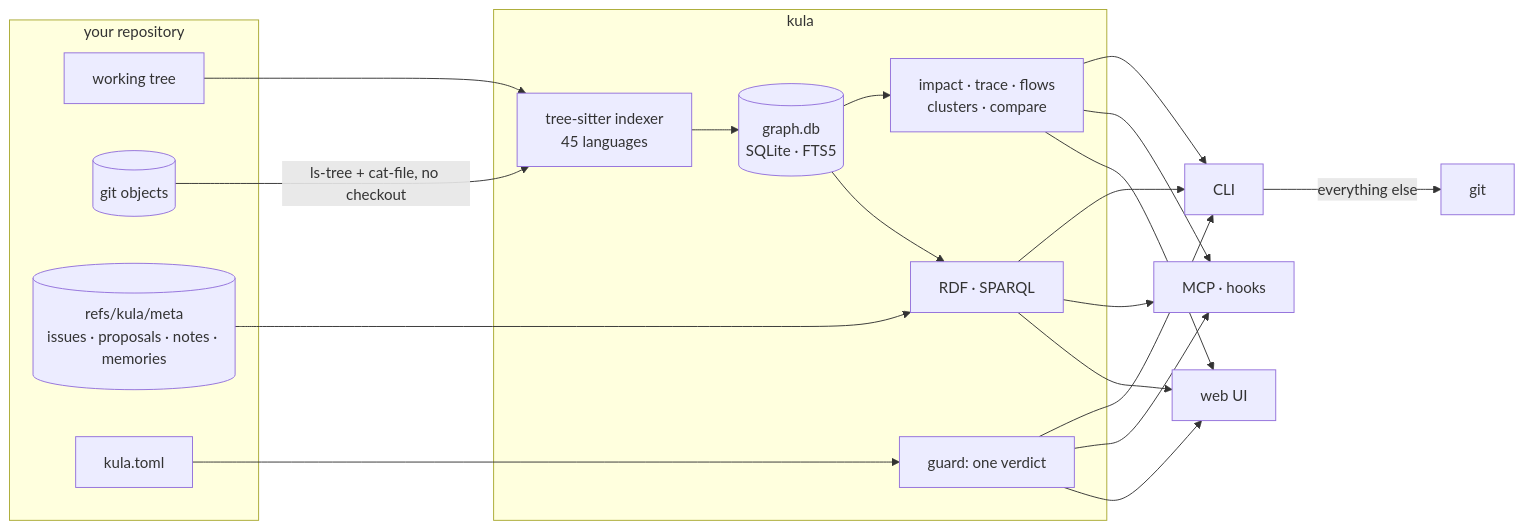
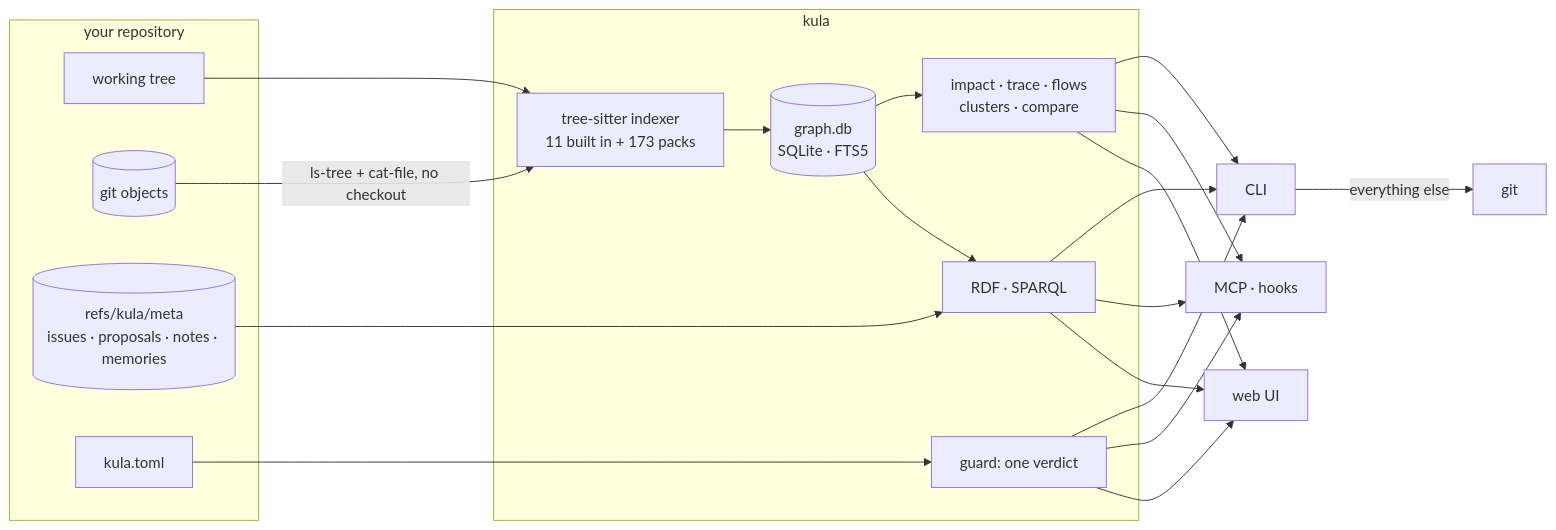
Before and after one commit to A12N4V/kula: the fourth of 4 diagrams in README.md, drawn with Mermaid. The commit also changed other lines of this file and 225 other files, not shown here.

````diff
--- a/README.md
+++ b/README.md
@@ -390,26 +390,26 @@
 ```mermaid
 flowchart LR
     subgraph repo[your repository]
         WT[working tree]
         GIT[(git objects)]
         META[(refs/kula/meta<br/>issues · proposals · notes · memories)]
         TOML[kula.toml]
     end
     subgraph kula[kula]
-        IDX[tree-sitter indexer<br/>45 languages]
+        IDX[tree-sitter indexer<br/>11 built in + 173 packs]
         DB[(graph.db<br/>SQLite · FTS5)]
         G[impact · trace · flows<br/>clusters · compare]
         GU[guard: one verdict]
         KG[RDF · SPARQL]
     end
     WT --> IDX
     GIT -->|ls-tree + cat-file, no checkout| IDX
     IDX --> DB --> G
     DB --> KG
     META --> KG
     TOML --> GU
     G & GU & KG --> CLI[CLI]
     G & GU & KG --> MCP[MCP · hooks]
     G & GU & KG --> UI[web UI]
     CLI -->|everything else| GITBIN[git]
 ```
````
